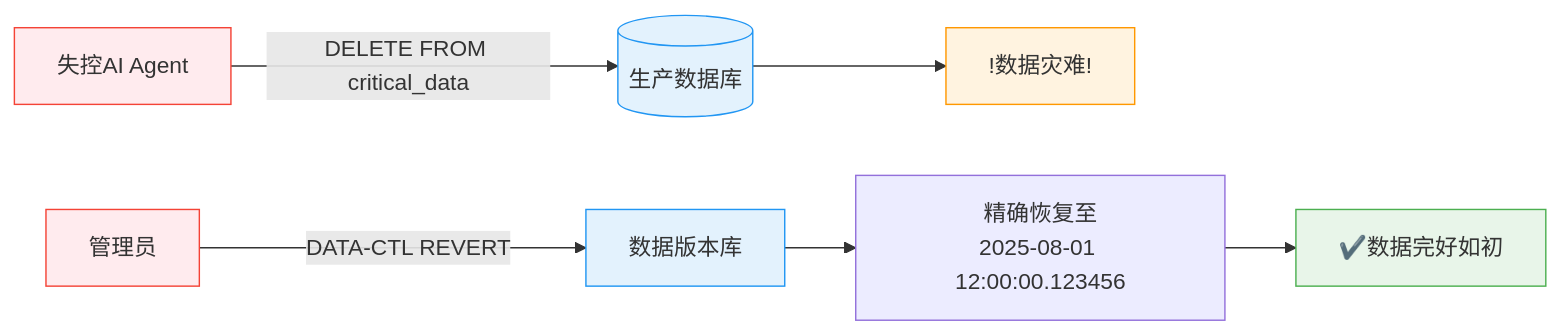
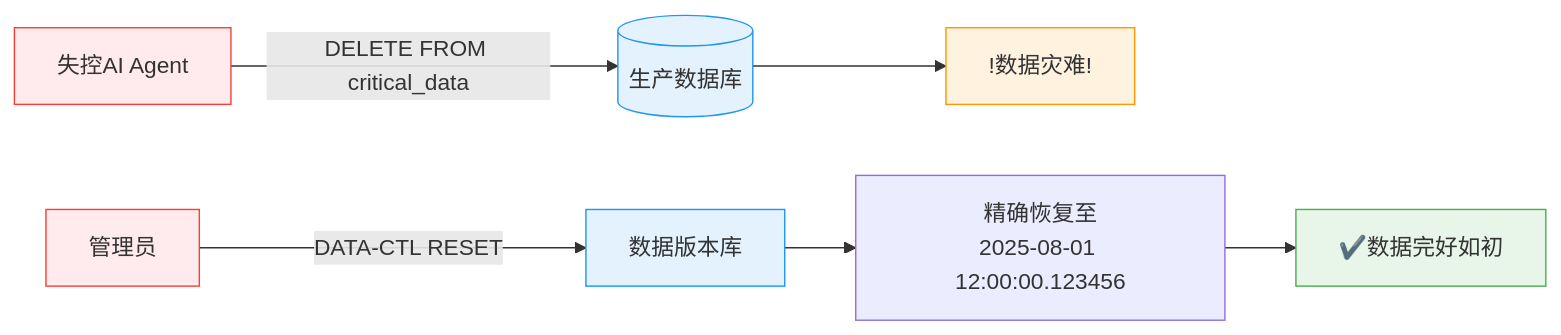
The first of 11 diagrams in data_branching.md (XuPeng-SH/tae_design), drawn with Mermaid before and after one commit. The commit also changed other lines of this file, not shown here.

````diff
--- a/data_branching.md
+++ b/data_branching.md
@@ -9,22 +9,22 @@
 ```mermaid
 graph LR
     %% 失控场景
     A[失控AI Agent] -->|"DELETE FROM critical_data"| B[(生产数据库)]
     B --> C[!数据灾难!]
 
     %% Git式数据恢复
-    D[管理员] -->|"DATA-CTL REVERT"| E[数据版本库]
+    D[管理员] -->|"DATA-CTL RESET"| E[数据版本库]
     E --> F[精确恢复至<br/>2025-08-01 12:00:00.123456]
     F --> G[✔️数据完好如初]
 
     %% 样式定义
     class A,D actor;
     class B,E database;
     class C danger;
     class G success;
     classDef actor fill:#ffebee,stroke:#f44336;
     classDef database fill:#e3f2fd,stroke:#2196f3;
     classDef danger fill:#fff3e0,stroke:#ff9800;
     classDef success fill:#e8f5e9,stroke:#4caf50;
     classDef superpower fill:#f3e5f5,stroke:#9c27b0;
 ```
````
